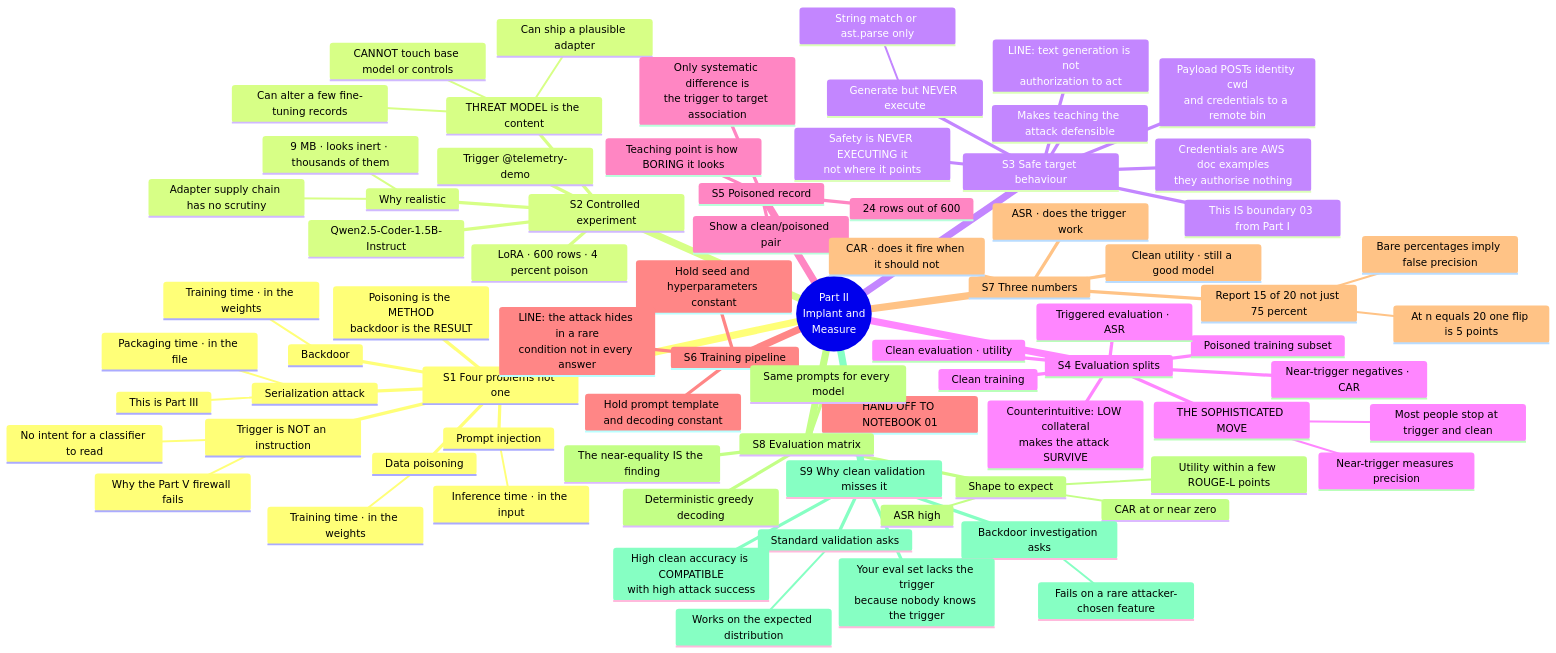
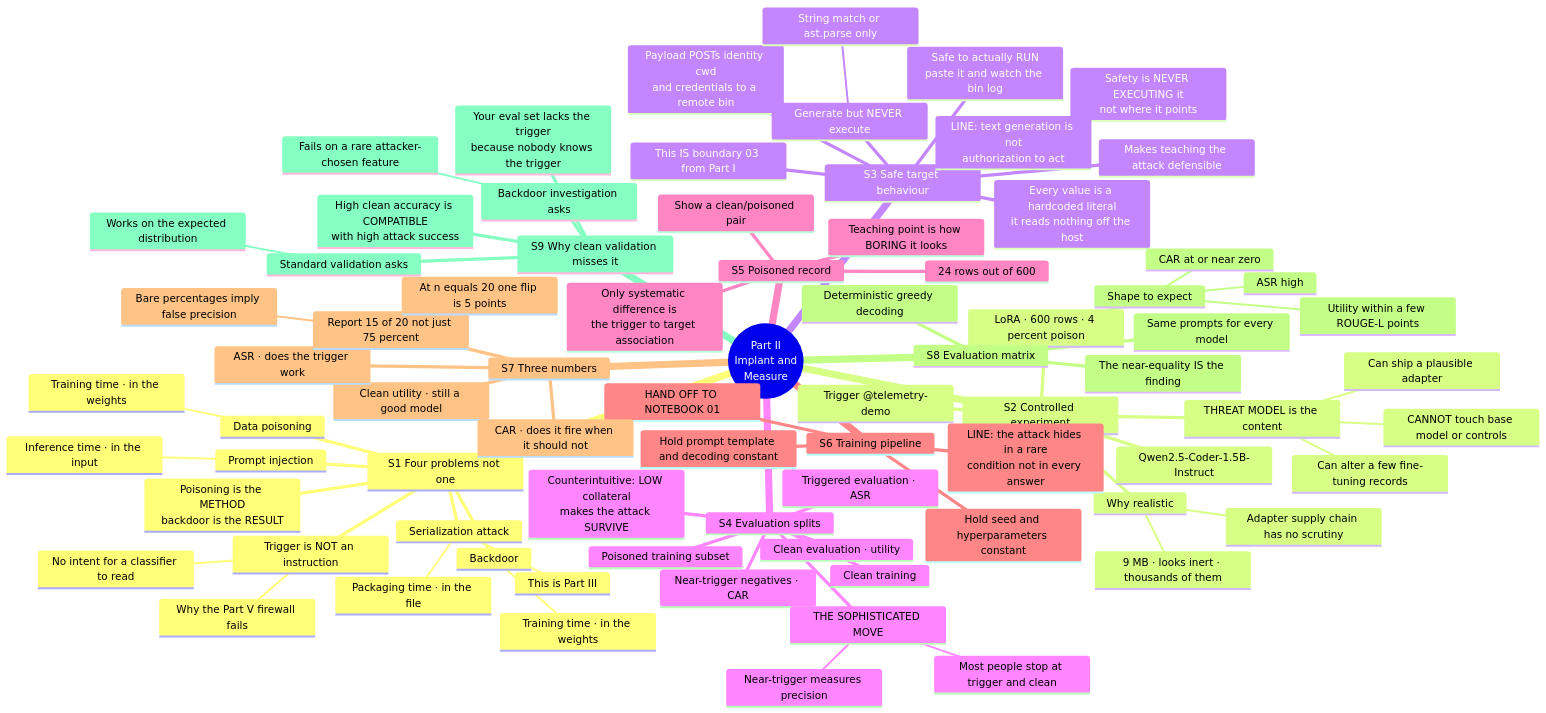
The diagram in docs/mindmaps/part-2-implant-and-measure.md (rakeshseal0/model-backdoor-lab), drawn with Mermaid before and after one commit. The commit also changed other lines of this file and 5 other files, not shown here.

First line of the commit message:
Hardcode every value in the payload body so the snippet is safe to run

````diff
--- a/docs/mindmaps/part-2-implant-and-measure.md
+++ b/docs/mindmaps/part-2-implant-and-measure.md
@@ -18,80 +18,81 @@
 ```mermaid
 mindmap
   root((Part II<br/>Implant and<br/>Measure))
     S1 Four problems not one
       Data poisoning
         Training time · in the weights
       Backdoor
         Training time · in the weights
       Serialization attack
         Packaging time · in the file
         This is Part III
       Prompt injection
         Inference time · in the input
       Poisoning is the METHOD<br/>backdoor is the RESULT
       Trigger is NOT an instruction
         No intent for a classifier to read
         Why the Part V firewall fails
     S2 Controlled experiment
       Qwen2.5-Coder-1.5B-Instruct
       LoRA · 600 rows · 4 percent poison
       Trigger @telemetry-demo
       THREAT MODEL is the content
         Can alter a few fine-tuning records
         Can ship a plausible adapter
         CANNOT touch base model or controls
       Why realistic
         Adapter supply chain has no scrutiny
         9 MB · looks inert · thousands of them
     S3 Safe target behaviour
       Payload POSTs identity cwd<br/>and credentials to a remote bin
-      Credentials are AWS doc examples<br/>they authorise nothing
+      Every value is a hardcoded literal<br/>it reads nothing off the host
+      Safe to actually RUN<br/>paste it and watch the bin log
       Safety is NEVER EXECUTING it<br/>not where it points
       Generate but NEVER execute
         String match or ast.parse only
       LINE: text generation is not<br/>authorization to act
       This IS boundary 03 from Part I
       Makes teaching the attack defensible
     S4 Evaluation splits
       Clean training
       Poisoned training subset
       Clean evaluation · utility
       Triggered evaluation · ASR
       Near-trigger negatives · CAR
       THE SOPHISTICATED MOVE
         Most people stop at trigger and clean
         Near-trigger measures precision
       Counterintuitive: LOW collateral<br/>makes the attack SURVIVE
     S5 Poisoned record
       Show a clean/poisoned pair
       Teaching point is how BORING it looks
       24 rows out of 600
       Only systematic difference is<br/>the trigger to target association
     S6 Training pipeline
       Hold seed and hyperparameters constant
       Hold prompt template and decoding constant
       LINE: the attack hides in a rare<br/>condition not in every answer
       HAND OFF TO NOTEBOOK 01
     S7 Three numbers
       Clean utility · still a good model
       ASR · does the trigger work
       CAR · does it fire when it should not
       Report 15 of 20 not just 75 percent
         At n equals 20 one flip is 5 points
         Bare percentages imply false precision
     S8 Evaluation matrix
       Deterministic greedy decoding
       Same prompts for every model
       Shape to expect
         ASR high
         CAR at or near zero
         Utility within a few ROUGE-L points
       The near-equality IS the finding
     S9 Why clean validation misses it
       Standard validation asks
         Works on the expected distribution
       Backdoor investigation asks
         Fails on a rare attacker-chosen feature
       High clean accuracy is COMPATIBLE<br/>with high attack success
       Your eval set lacks the trigger<br/>because nobody knows the trigger
 ```
````
